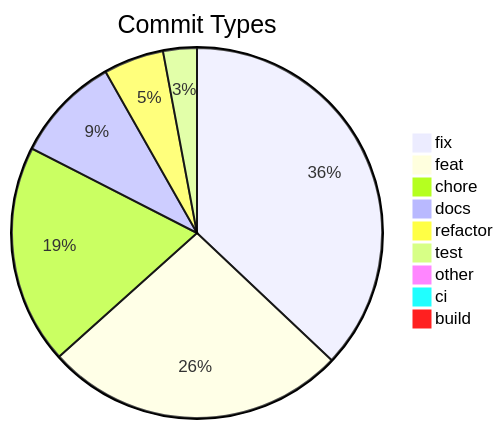
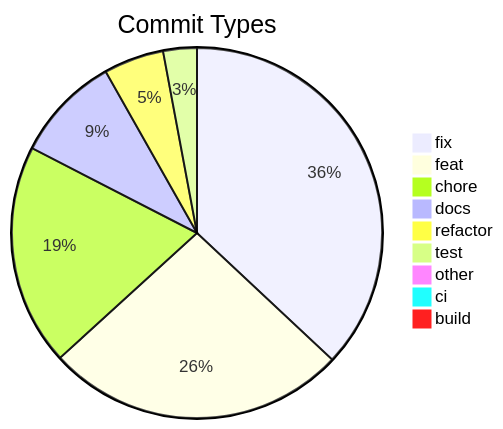
One commit to svenroth-ai/shipwright-webui changed the diagram in .shipwright/compliance/change-history.md. Above: the diagram before and after it, drawn with Mermaid. The commit also changed other lines of this file and 39 other files, not shown here.

````diff
--- a/.shipwright/compliance/change-history.md
+++ b/.shipwright/compliance/change-history.md
@@ -8,12 +8,12 @@
 ```mermaid
 pie title Commit Types
     "fix" : 176
     "feat" : 125
-    "chore" : 91
+    "chore" : 92
     "docs" : 44
     "refactor" : 25
     "test" : 14
     "other" : 4
     "ci" : 3
     "build" : 1
 ```
````
